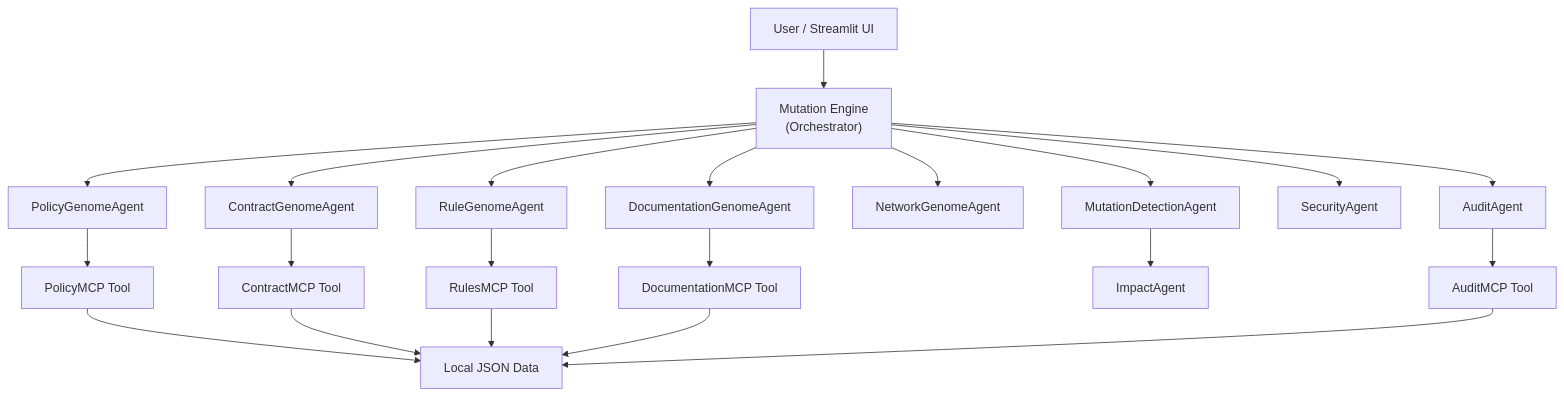
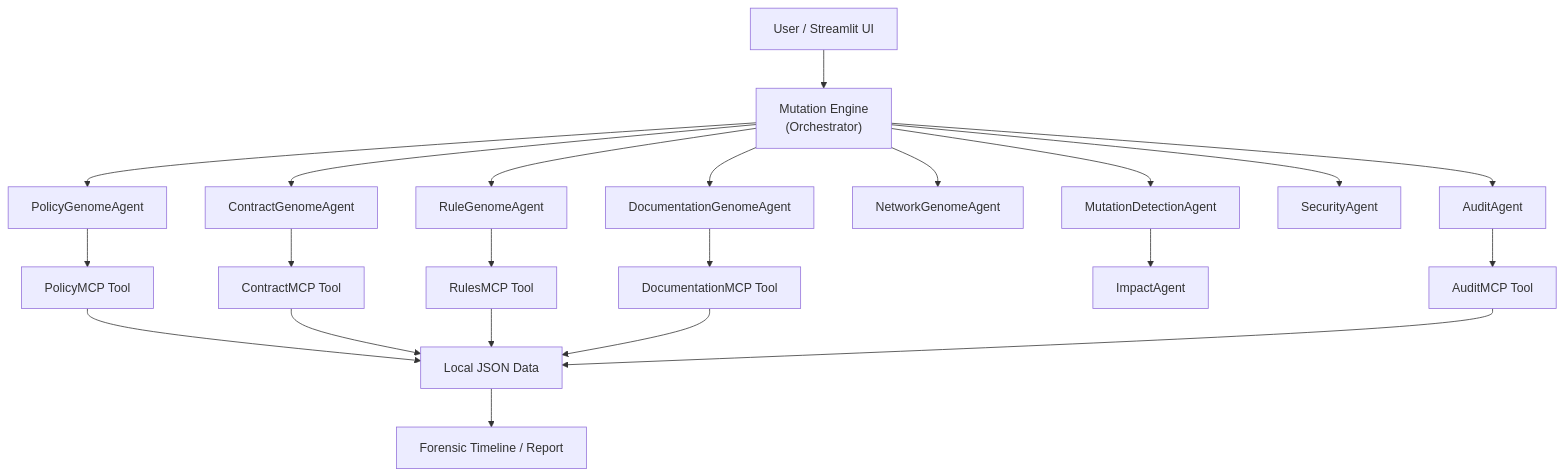
One commit to sharath559/decision-dna-ai changed the diagram in README.md. Above: the diagram before and after it, drawn with Mermaid. The commit also changed other lines of this file and 1 other file, not shown here.

````diff
--- a/README.md
+++ b/README.md
@@ -67,23 +83,24 @@
 ```mermaid
 graph TD
     A["User / Streamlit UI"] --> B["Mutation Engine<br/>(Orchestrator)"]
     B --> C["PolicyGenomeAgent"]
     B --> D["ContractGenomeAgent"]
     B --> E["RuleGenomeAgent"]
     B --> F["DocumentationGenomeAgent"]
     B --> G["NetworkGenomeAgent"]
     C --> H["PolicyMCP Tool"]
     D --> I["ContractMCP Tool"]
     E --> J["RulesMCP Tool"]
     F --> K["DocumentationMCP Tool"]
     B --> L["MutationDetectionAgent"]
     L --> M["ImpactAgent"]
     B --> N["SecurityAgent"]
     B --> O["AuditAgent"]
     O --> P["AuditMCP Tool"]
     H --> Q["Local JSON Data"]
     I --> Q
     J --> Q
     K --> Q
     P --> Q
+    Q --> R["Forensic Timeline / Report"]
 ```
````
